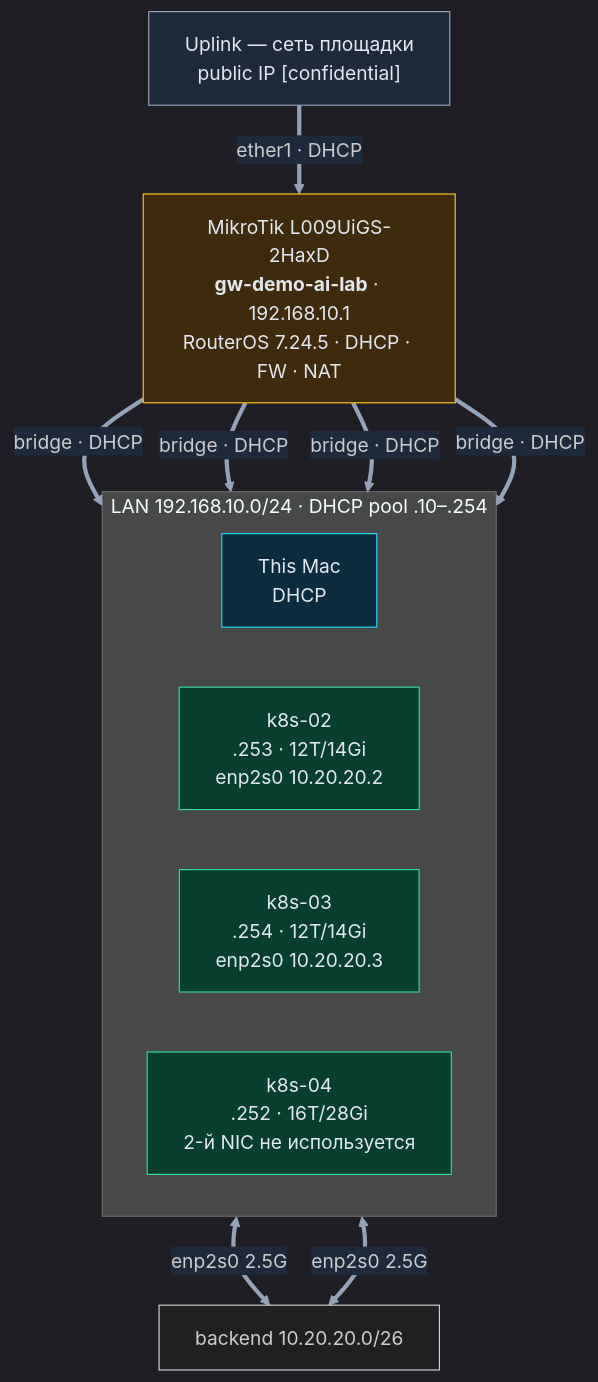
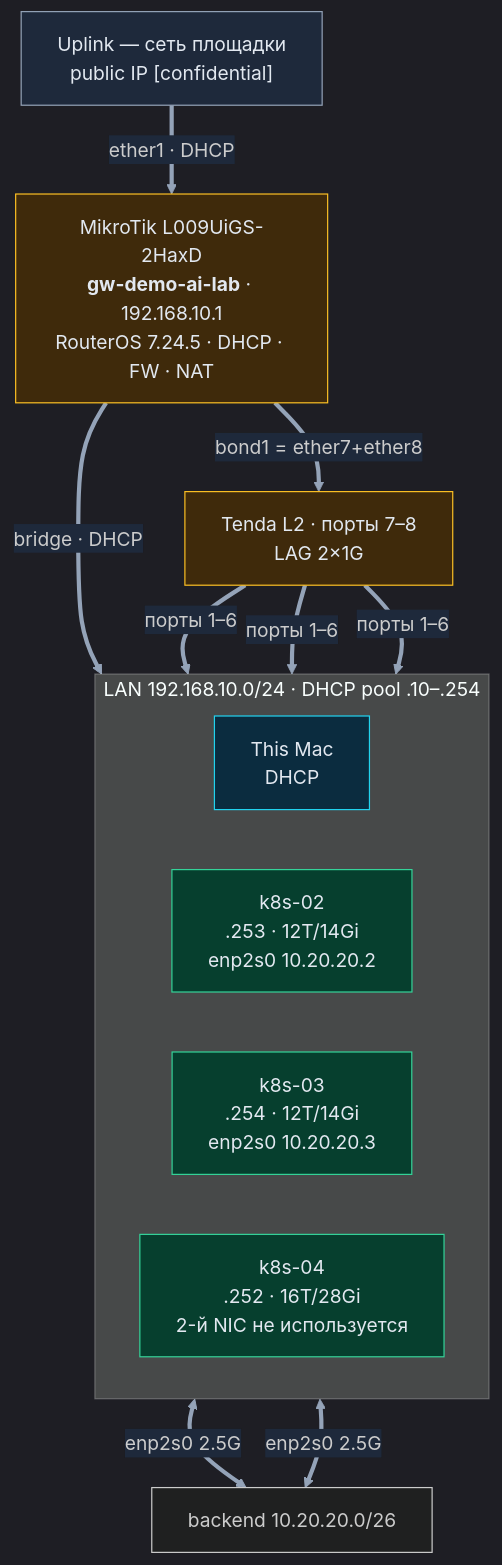
One commit to msklv/demo-ai-lab changed the diagram in network-map-detail.md. Above: the diagram before and after it, drawn with Mermaid. The commit also changed other lines of this file and 2 other files, not shown here.

Commit message:
docs(lab): reflect LAG (Tenda 7-8 <-> MikroTik bond1 balance-xor) in all diagrams; sync finished audit items (DHCP reservations, Wi-Fi 2.4GHz-n)

````diff
--- a/network-map-detail.md
+++ b/network-map-detail.md
@@ -7,30 +7,33 @@
 ```mermaid
 %%{init: {"theme": "dark", "themeVariables": {"fontFamily": "ui-monospace, monospace", "edgeLabelBackground": "#1e293b", "primaryTextColor": "#e2e8f0", "lineColor": "#94a3b8"}}}%%
 graph TD
 
     UP["Uplink — сеть площадки<br/>public IP [confidential]"]:::ext
 
     RT["MikroTik L009UiGS-2HaxD<br/><b>gw-demo-ai-lab</b> · 192.168.10.1<br/>RouterOS 7.24.5 · DHCP · FW · NAT"]:::net
 
     subgraph LAN["LAN 192.168.10.0/24 · DHCP pool .10–.254"]
         direction LR
         MAC["This Mac<br/>DHCP"]:::mac
         K2["k8s-02<br/>.253 · 12T/14Gi<br/>enp2s0 10.20.20.2"]:::linux
         K3["k8s-03<br/>.254 · 12T/14Gi<br/>enp2s0 10.20.20.3"]:::linux
         K4["k8s-04<br/>.252 · 16T/28Gi<br/>2-й NIC не используется"]:::linux
     end
 
     K2 <==>|"enp2s0 2.5G"| BE["backend 10.20.20.0/26"]
     K3 <==>|"enp2s0 2.5G"| BE
 
     UP ==>|"ether1 · DHCP"| RT
+    SW["Tenda L2 · порты 7–8<br/>LAG 2×1G"]:::net
+
     RT ==>|"bridge · DHCP"| MAC
-    RT ==>|"bridge · DHCP"| K2
-    RT ==>|"bridge · DHCP"| K3
-    RT ==>|"bridge · DHCP"| K4
+    RT ==>|"bond1 = ether7+ether8"| SW
+    SW ==>|"порты 1–6"| K2
+    SW ==>|"порты 1–6"| K3
+    SW ==>|"порты 1–6"| K4
 
     classDef mac fill:#0b2c3f,stroke:#22d3ee,color:#e2e8f0;
     classDef linux fill:#063f2e,stroke:#34d399,color:#e2e8f0;
     classDef net fill:#3f2a0b,stroke:#fbbf24,color:#e2e8f0;
     classDef ext fill:#1e293b,stroke:#94a3b8,color:#e2e8f0;
 ```
````
